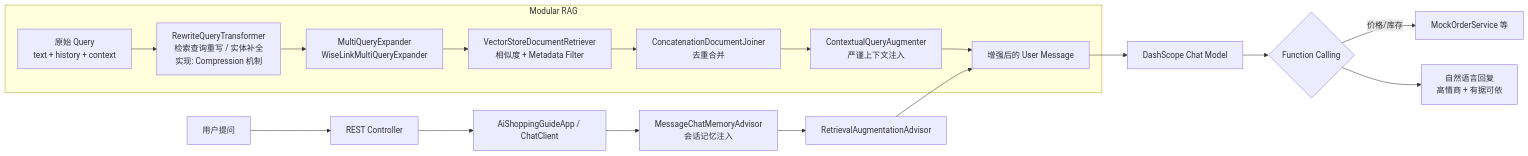
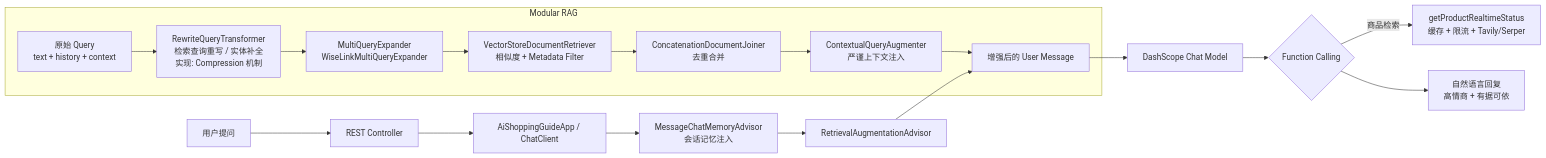
Before and after one commit to leungtzemeen/gen-ai-agent-java: the diagram in README.md, drawn with Mermaid. The commit also changed other lines of this file and 21 other files, not shown here.

````diff
--- a/README.md
+++ b/README.md
@@ -68,23 +68,23 @@
 ```mermaid
 flowchart LR
   U[用户提问] --> API[REST Controller]
   API --> APP[AiShoppingGuideApp / ChatClient]
   APP --> MEM[MessageChatMemoryAdvisor\n会话记忆注入]
   MEM --> RAG[RetrievalAugmentationAdvisor]
 
   subgraph RAG_CHAIN[Modular RAG]
     Q0[原始 Query\ntext + history + context]
     Q0 --> T[RewriteQueryTransformer\n检索查询重写 / 实体补全\n实现: Compression 机制]
     T --> E[MultiQueryExpander\nWiseLinkMultiQueryExpander]
     E --> R[VectorStoreDocumentRetriever\n相似度 + Metadata Filter]
     R --> J[ConcatenationDocumentJoiner\n去重合并]
     J --> A[ContextualQueryAugmenter\n严谨上下文注入]
     A --> Q1[增强后的 User Message]
   end
 
   RAG --> Q1
   Q1 --> LLM[DashScope Chat Model]
   LLM --> TOOL{Function Calling}
-  TOOL -->|价格/库存| MOCK[MockOrderService 等]
+  TOOL -->|商品检索| UNIFIED[getProductRealtimeStatus\n缓存 + 限流 + Tavily/Serper]
   TOOL --> RESP[自然语言回复\n高情商 + 有据可依]
 ```
````
